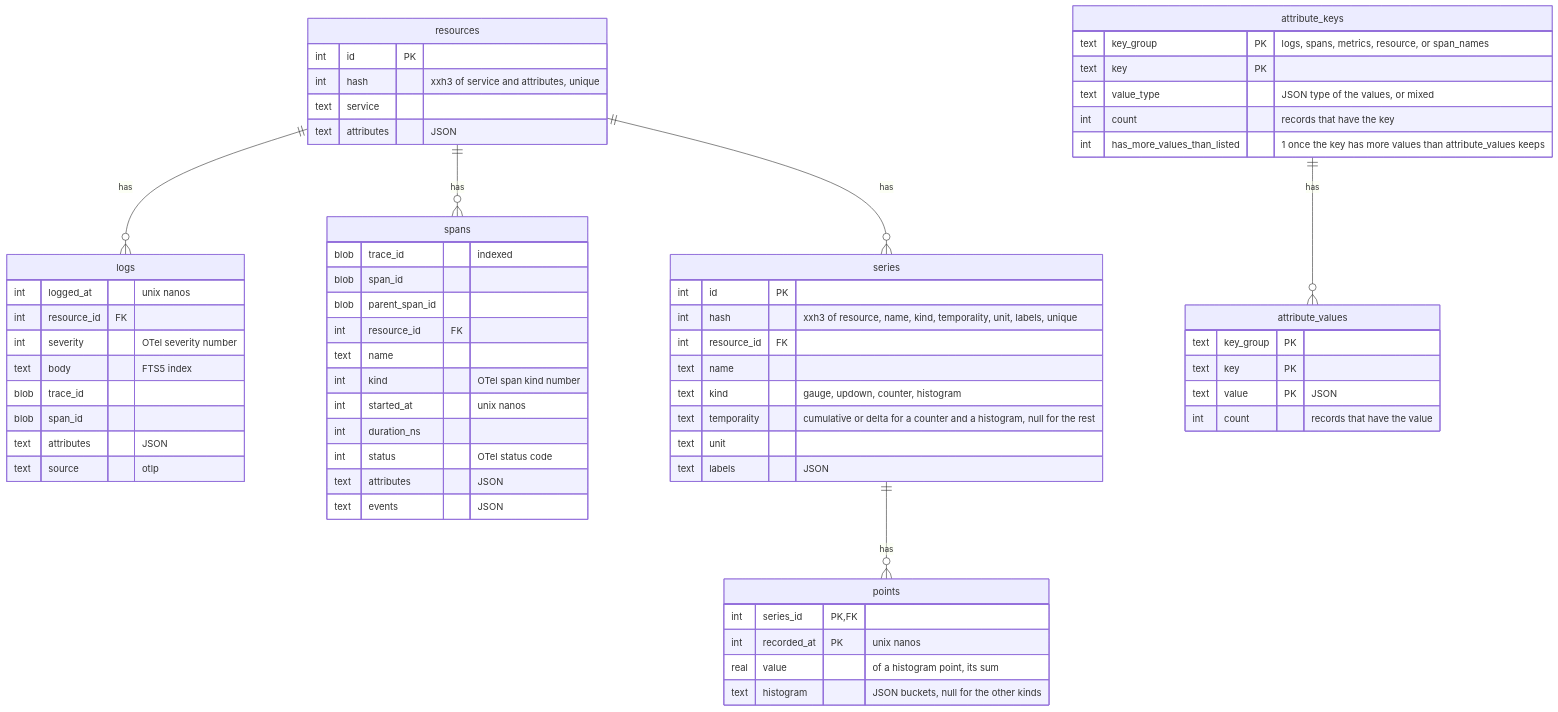
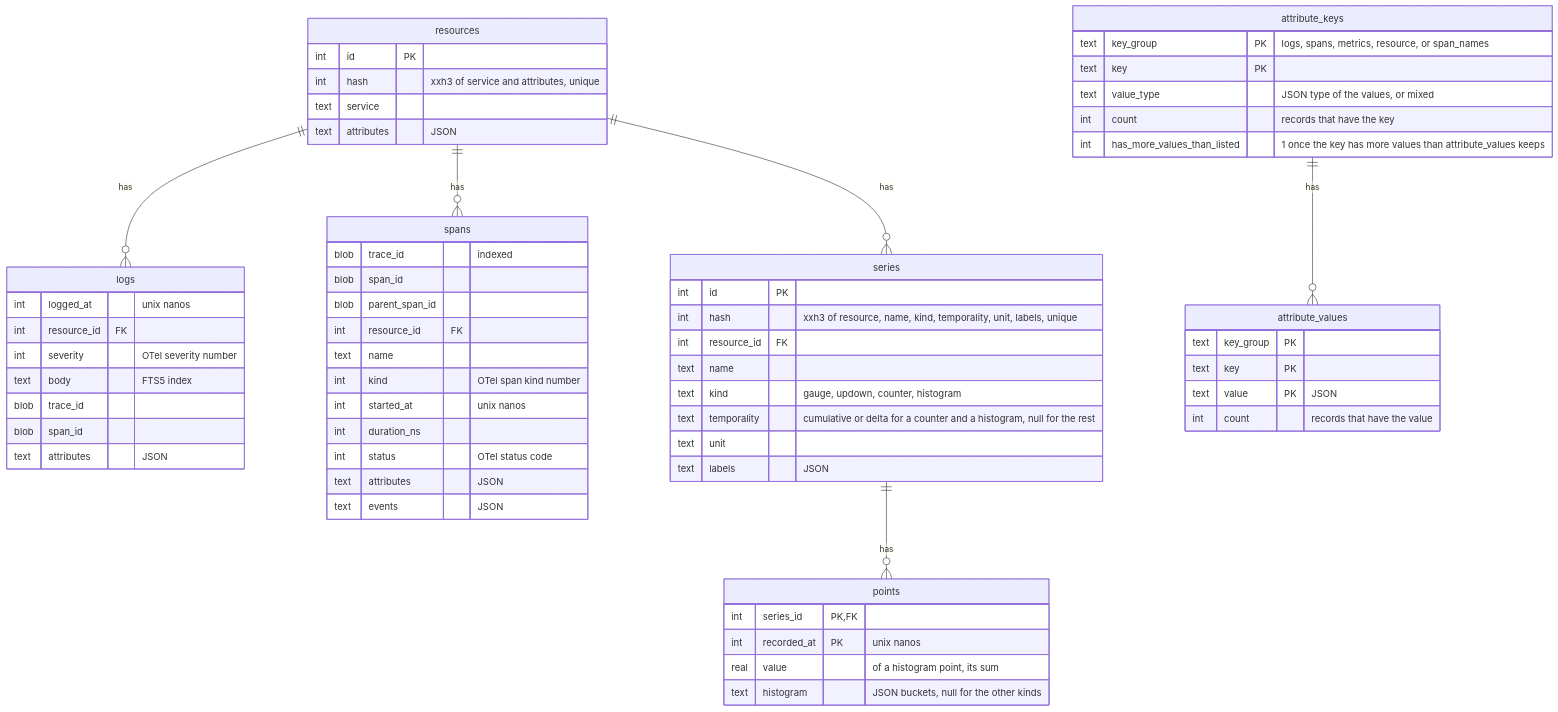
One commit to sukovanej/otelo changed the second of 2 diagrams in docs/telemetry.md. Above: the diagram before and after it, drawn with Mermaid. The commit also changed other lines of this file, not shown here.

````diff
--- a/docs/telemetry.md
+++ b/docs/telemetry.md
@@ -36,66 +36,65 @@
 ```mermaid
 erDiagram
   resources ||--o{ logs : has
   resources ||--o{ spans : has
   resources ||--o{ series : has
   series ||--o{ points : has
   attribute_keys ||--o{ attribute_values : has
   resources {
     int id PK
     int hash "xxh3 of service and attributes, unique"
     text service
     text attributes "JSON"
   }
   logs {
     int logged_at "unix nanos"
     int resource_id FK
     int severity "OTel severity number"
     text body "FTS5 index"
     blob trace_id
     blob span_id
     text attributes "JSON"
-    text source "otlp"
   }
   spans {
     blob trace_id "indexed"
     blob span_id
     blob parent_span_id
     int resource_id FK
     text name
     int kind "OTel span kind number"
     int started_at "unix nanos"
     int duration_ns
     int status "OTel status code"
     text attributes "JSON"
     text events "JSON"
   }
   series {
     int id PK
     int hash "xxh3 of resource, name, kind, temporality, unit, labels, unique"
     int resource_id FK
     text name
     text kind "gauge, updown, counter, histogram"
     text temporality "cumulative or delta for a counter and a histogram, null for the rest"
     text unit
     text labels "JSON"
   }
   points {
     int series_id PK, FK
     int recorded_at PK "unix nanos"
     real value "of a histogram point, its sum"
     text histogram "JSON buckets, null for the other kinds"
   }
   attribute_keys {
     text key_group PK "logs, spans, metrics, resource, or span_names"
     text key PK
     text value_type "JSON type of the values, or mixed"
     int count "records that have the key"
     int has_more_values_than_listed "1 once the key has more values than attribute_values keeps"
   }
   attribute_values {
     text key_group PK
     text key PK
     text value PK "JSON"
     int count "records that have the value"
   }
 ```
````
